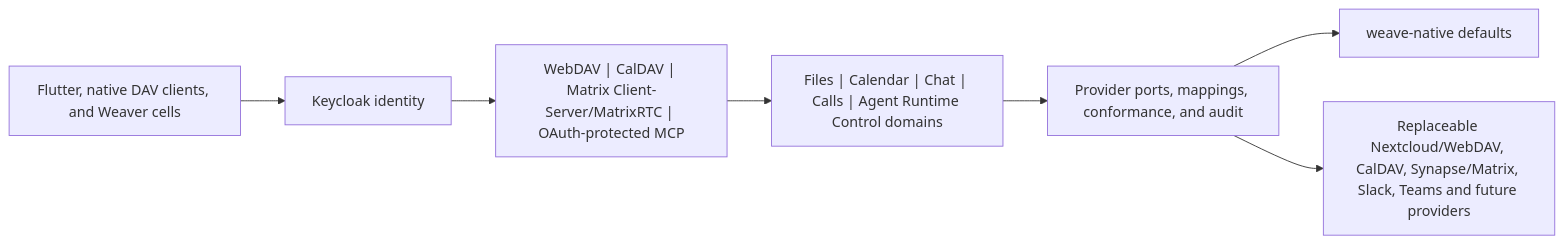
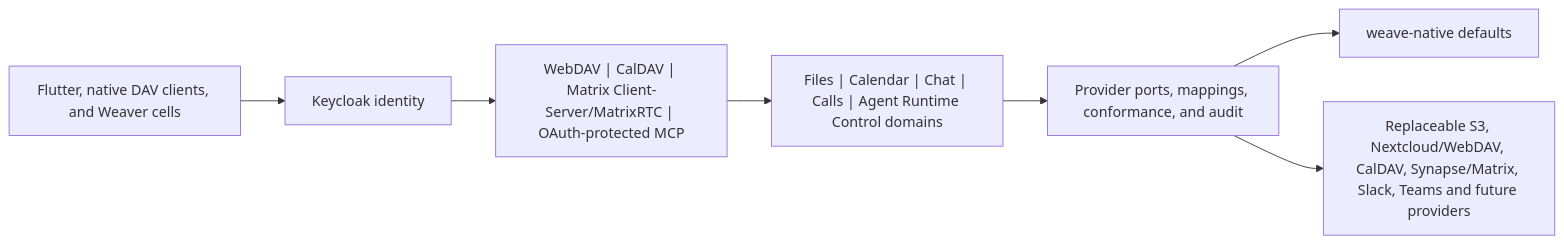
The diagram in README.md (masssi164/weave), drawn with Mermaid before and after one commit. The commit also changed other lines of this file, not shown here.

````diff
--- a/README.md
+++ b/README.md
@@ -38,9 +20,9 @@
 ```mermaid
 flowchart LR
   clients["Flutter, native DAV clients, and Weaver cells"] --> oidc["Keycloak identity"]
   oidc --> northbound["WebDAV | CalDAV | Matrix Client-Server/MatrixRTC | OAuth-protected MCP"]
   northbound --> domains["Files | Calendar | Chat | Calls | Agent Runtime Control domains"]
   domains --> ports["Provider ports, mappings, conformance, and audit"]
   ports --> native["weave-native defaults"]
-  ports --> optional["Replaceable Nextcloud/WebDAV, CalDAV, Synapse/Matrix, Slack, Teams and future providers"]
+  ports --> optional["Replaceable S3, Nextcloud/WebDAV, CalDAV, Synapse/Matrix, Slack, Teams and future providers"]
 ```
````
